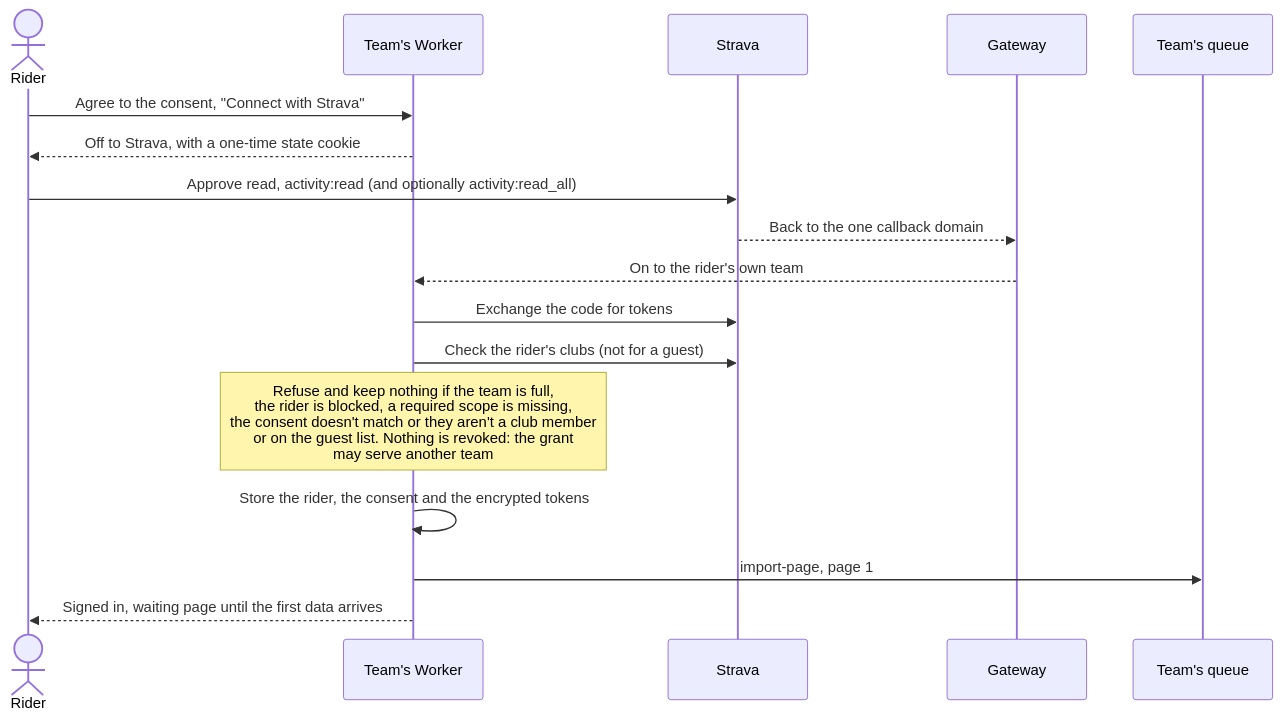
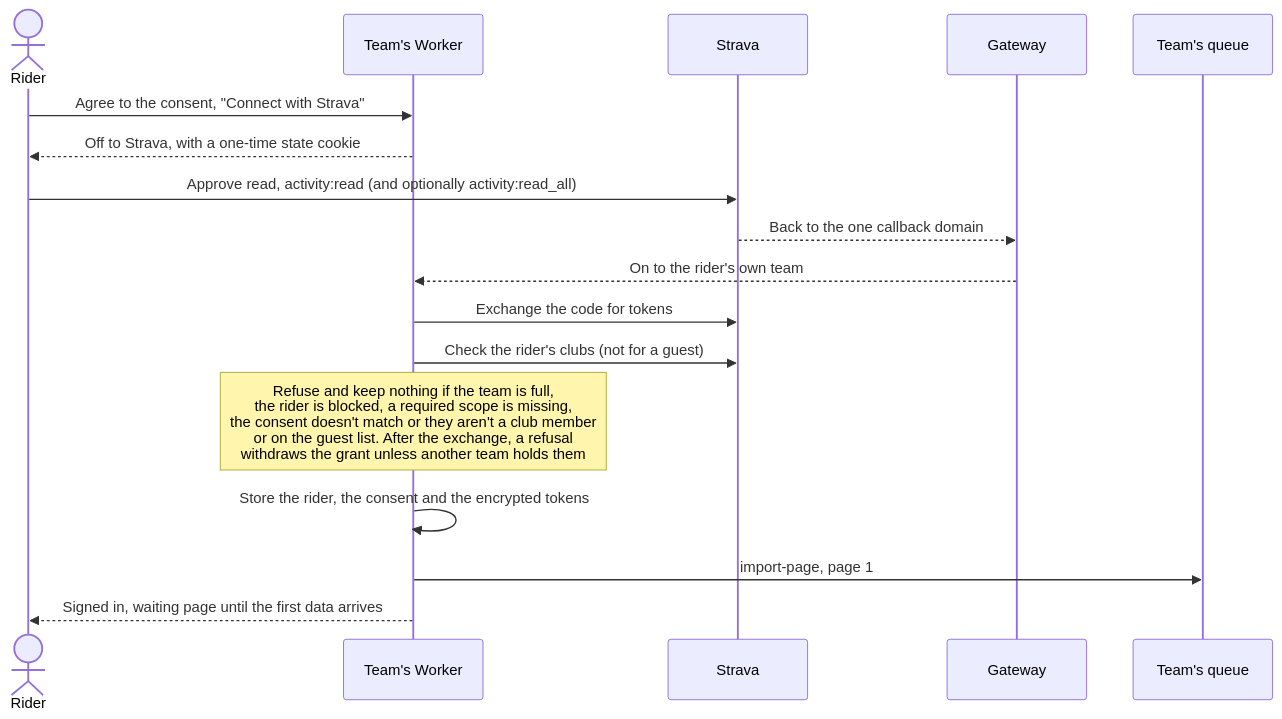
The second of 6 diagrams in docs/how-it-runs.md (SaSteffen/RynkePoints), drawn with Mermaid before and after one commit. The commit also changed other lines of this file and 38 other files, not shown here.

Commit message:
feat: withdraw a person's Strava grant unless another team holds them

````diff
--- a/docs/how-it-runs.md
+++ b/docs/how-it-runs.md
@@ -117,20 +117,20 @@
 ```mermaid
 sequenceDiagram
     actor R as Rider
     participant T as Team's Worker
     participant S as Strava
     participant G as Gateway
     participant Q as Team's queue
 
     R->>T: Agree to the consent, "Connect with Strava"
     T-->>R: Off to Strava, with a one-time state cookie
     R->>S: Approve read, activity:read (and optionally activity:read_all)
     S-->>G: Back to the one callback domain
     G-->>T: On to the rider's own team
     T->>S: Exchange the code for tokens
     T->>S: Check the rider's clubs (not for a guest)
-    Note over T: Refuse and keep nothing if the team is full,<br/>the rider is blocked, a required scope is missing,<br/>the consent doesn't match or they aren't a club member<br/>or on the guest list. Nothing is revoked: the grant<br/>may serve another team
+    Note over T: Refuse and keep nothing if the team is full,<br/>the rider is blocked, a required scope is missing,<br/>the consent doesn't match or they aren't a club member<br/>or on the guest list. After the exchange, a refusal<br/>withdraws the grant unless another team holds them
     T->>T: Store the rider, the consent and the encrypted tokens
     T->>Q: import-page, page 1
     T-->>R: Signed in, waiting page until the first data arrives
 ```
````
